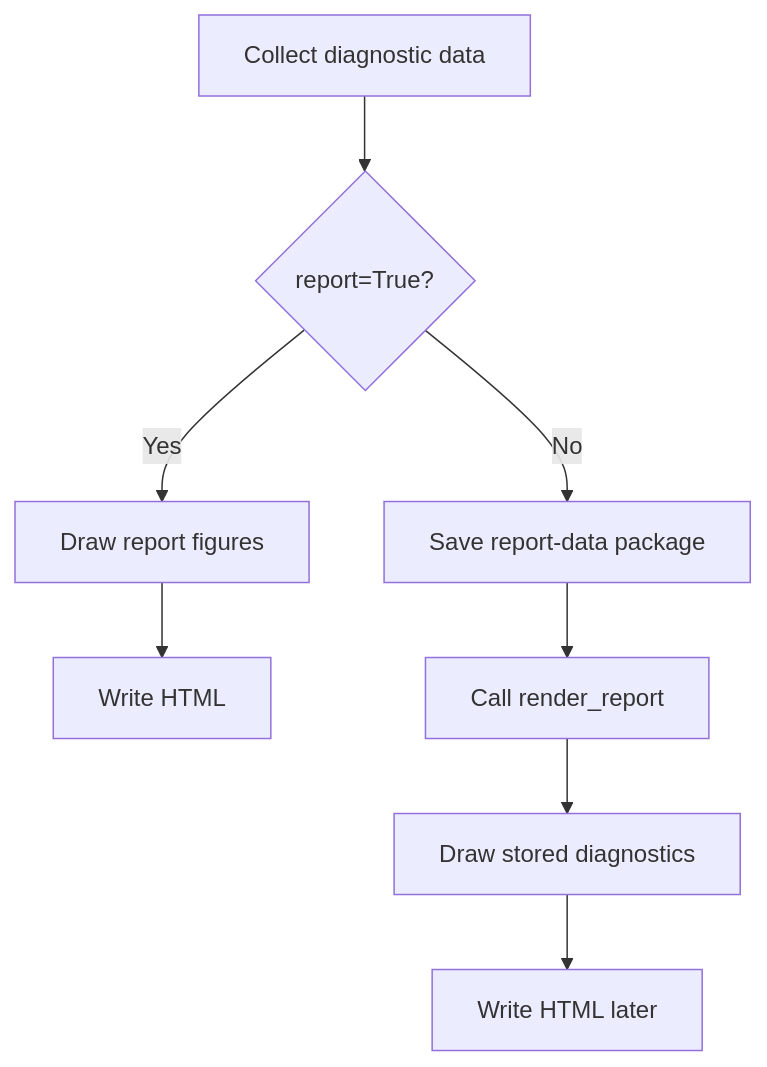
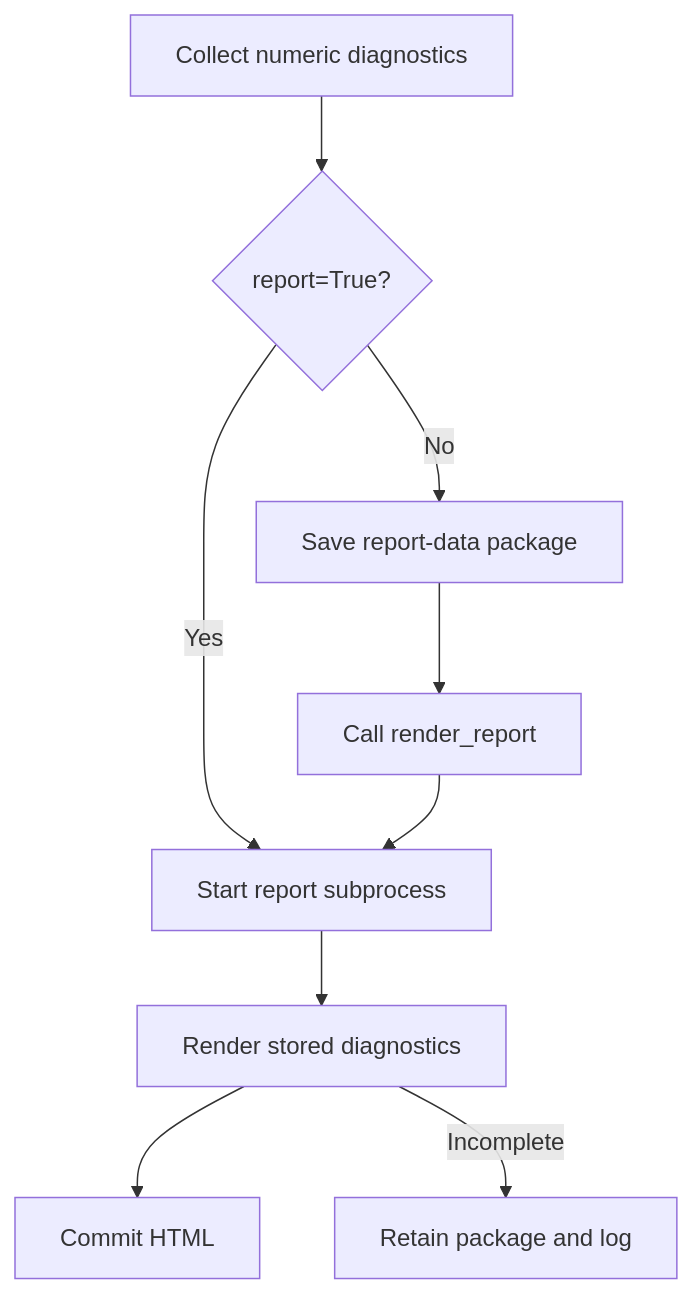
Before and after one commit to LeiGuo0812/eegproc: diagram 11 of 13 in docs/en/workflow.md, drawn with Mermaid. The commit also changed other lines of this file and 39 other files, not shown here.

First line of the commit message:
fix: isolate report rendering and recover interrupted batches

````diff
--- a/docs/en/workflow.md
+++ b/docs/en/workflow.md
@@ -302,12 +302,13 @@
 ```mermaid
 flowchart TB
-    accTitle: Immediate and delayed report delivery
-    accDescr: Collect bounded diagnostic material once, then either render HTML immediately or save one package for later rendering.
-    collect_data["Collect diagnostic data"] --> report_enabled{"report=True?"}
-    report_enabled -->|Yes| draw_now["Draw report figures"]
-    draw_now --> html_now["Write HTML"]
+    accTitle: Isolated immediate and delayed reports
+    accDescr: Collect numeric diagnostics, render them in a fresh subprocess now or later, and retain recovery material if delivery is incomplete.
+    collect_data["Collect numeric diagnostics"] --> report_enabled{"report=True?"}
+    report_enabled -->|Yes| spawn["Start report subprocess"]
+    spawn --> draw["Render stored diagnostics"]
+    draw --> html["Commit HTML"]
     report_enabled -->|No| package["Save report-data package"]
     package --> render_later["Call render_report"]
-    render_later --> draw_later["Draw stored diagnostics"]
-    draw_later --> html_later["Write HTML later"]
+    render_later --> spawn
+    draw -->|Incomplete| recovery["Retain package and log"]
 ```
````
